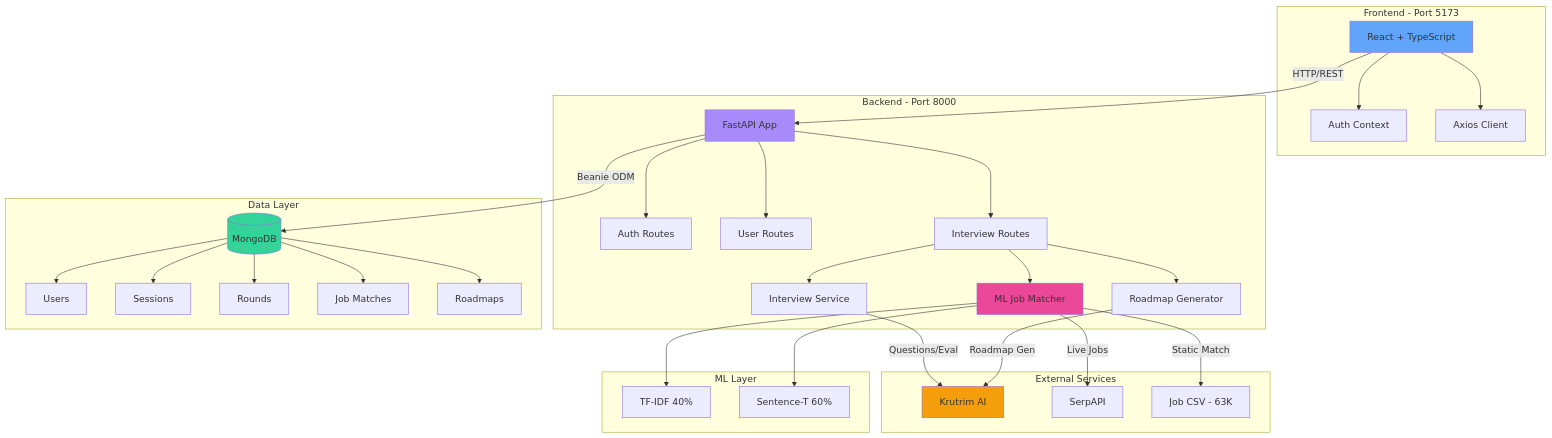
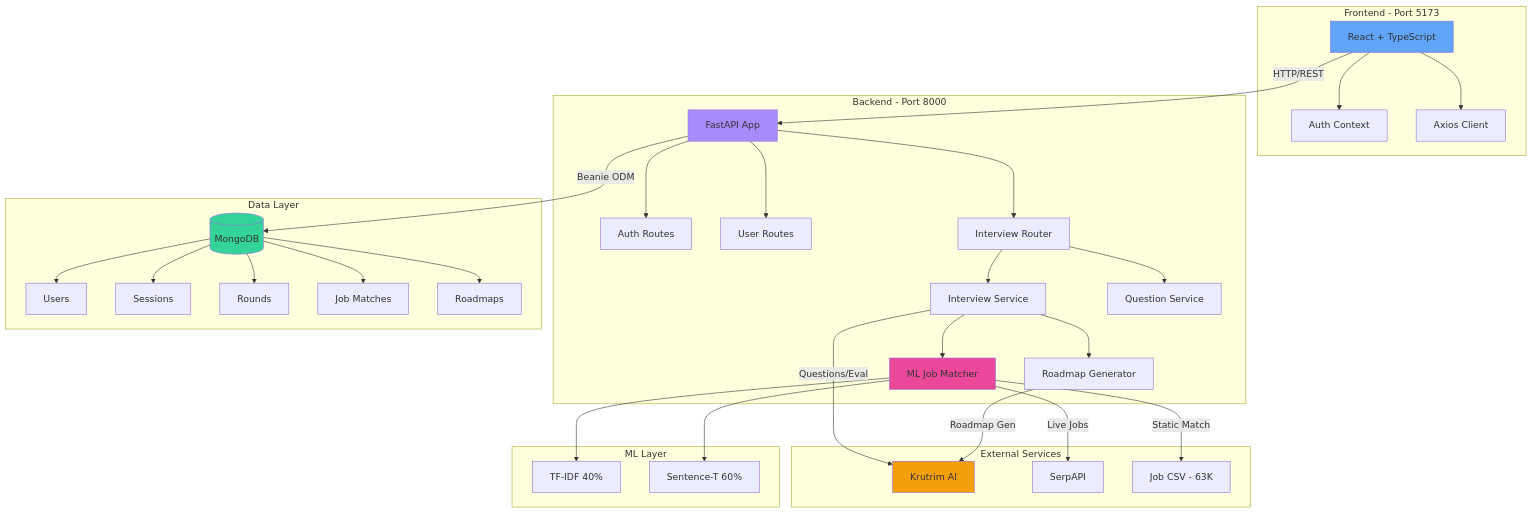
One commit to Harihkvent/ai-interview-app changed the sixth of 8 diagrams in PROJECT_REVIEW_DOCUMENT.md. Above: the diagram before and after it, drawn with Mermaid. The commit also changed other lines of this file and 1 other file, not shown here.

Commit message:
feat: Introduce modular interview and question services with updated API endpoints and architecture documentation.

````diff
--- a/PROJECT_REVIEW_DOCUMENT.md
+++ b/PROJECT_REVIEW_DOCUMENT.md
@@ -258,54 +259,55 @@
 ```mmd
 graph TB
     subgraph "Frontend - Port 5173"
         UI[React + TypeScript]
         UI --> Auth[Auth Context]
         UI --> API[Axios Client]
     end
 
     subgraph "Backend - Port 8000"
         FastAPI[FastAPI App]
         FastAPI --> AuthR[Auth Routes]
         FastAPI --> UserR[User Routes]
-        FastAPI --> IntR[Interview Routes]
+        FastAPI --> IntR[Interview Router]
 
-        IntR --> MLS[ML Job Matcher]
-        IntR --> RoadS[Roadmap Generator]
         IntR --> IntS[Interview Service]
+        IntR --> QS[Question Service]
+        IntS --> MLS[ML Job Matcher]
+        IntS --> RoadS[Roadmap Generator]
     end
 
     subgraph "Data Layer"
         DB[(MongoDB)]
         DB --> Users[Users]
         DB --> Sessions[Sessions]
         DB --> Rounds[Rounds]
         DB --> JobM[Job Matches]
         DB --> Roads[Roadmaps]
     end
 
     subgraph "External Services"
         Krutrim[Krutrim AI]
         SerpAPI[SerpAPI]
         JobDB[Job CSV - 63K]
     end
 
     subgraph "ML Layer"
         TFIDF[TF-IDF 40%]
         Semantic[Sentence-T 60%]
     end
 
     UI -->|HTTP/REST| FastAPI
     FastAPI -->|Beanie ODM| DB
     IntS -->|Questions/Eval| Krutrim
     RoadS -->|Roadmap Gen| Krutrim
     MLS -->|Live Jobs| SerpAPI
     MLS -->|Static Match| JobDB
     MLS --> TFIDF
     MLS --> Semantic
 
     style UI fill:#60A5FA
     style FastAPI fill:#A78BFA
     style DB fill:#34D399
     style Krutrim fill:#F59E0B
     style MLS fill:#EC4899
 ```
````
